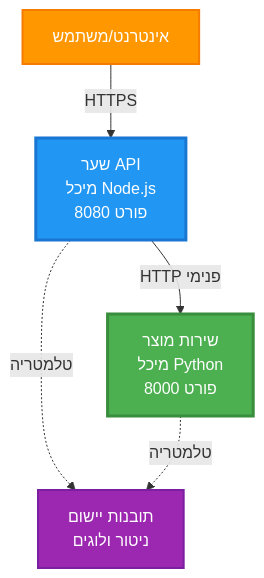
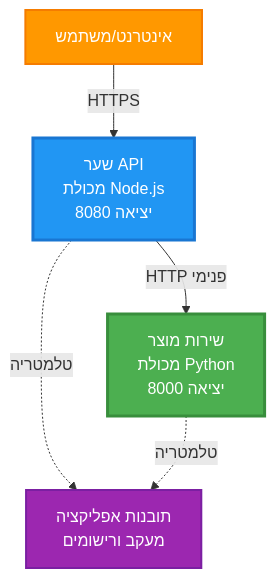
The first of 4 diagrams in translations/he/examples/microservices/README.md (microsoft/AZD-for-beginners), drawn with Mermaid before and after one commit. The commit also changed other lines of this file and 242 other files, not shown here.

````diff
--- a/translations/he/examples/microservices/README.md
+++ b/translations/he/examples/microservices/README.md
@@ -40,17 +31,17 @@
 ```mermaid
 graph TB
     Internet[אינטרנט/משתמש]
-    Gateway[שער API<br/>מיכל Node.js<br/>פורט 8080]
-    Product[שירות מוצר<br/>מיכל Python<br/>פורט 8000]
-    AppInsights[תובנות יישום<br/>ניטור ולוגים]
+    Gateway[שער API<br/>מכולת Node.js<br/>יציאה 8080]
+    Product[שירות מוצר<br/>מכולת Python<br/>יציאה 8000]
+    AppInsights[תובנות אפליקציה<br/>מעקב ורישומים]
     
     Internet -->|HTTPS| Gateway
     Gateway -->|HTTP פנימי| Product
     Gateway -.->|טלמטריה| AppInsights
     Product -.->|טלמטריה| AppInsights
     
     style Gateway fill:#2196F3,stroke:#1976D2,stroke-width:3px,color:#fff
     style Product fill:#4CAF50,stroke:#388E3C,stroke-width:3px,color:#fff
     style Internet fill:#FF9800,stroke:#F57C00,stroke-width:2px,color:#fff
     style AppInsights fill:#9C27B0,stroke:#7B1FA2,stroke-width:2px,color:#fff
 ```
````
